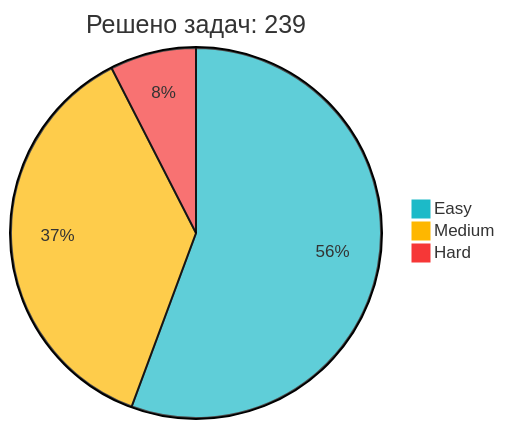
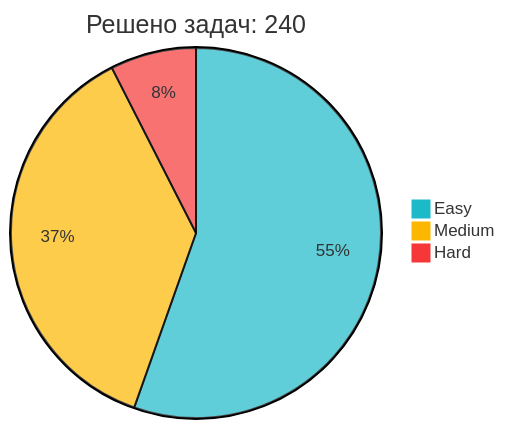
One commit to IliaKurdukov/IliaKurdukov changed the diagram in README.md. Above: the diagram before and after it, drawn with Mermaid. The commit also changed other lines of this file, not shown here.

Commit message:
📈 Обновление статистики LeetCode

````diff
--- a/README.md
+++ b/README.md
@@ -51,7 +51,7 @@
 ```mermaid
 %%{init: {'theme': 'base', 'themeVariables': { 'pie1': '#1CBAC8', 'pie2': '#FEB700', 'pie3': '#F63737' }, 'config': {'width': 300, 'height': 200}}}%%
-pie title Решено задач: 239
+pie title Решено задач: 240
    "Easy" : 133
-   "Medium" : 88
+   "Medium" : 89
    "Hard" : 18
 ```
````
